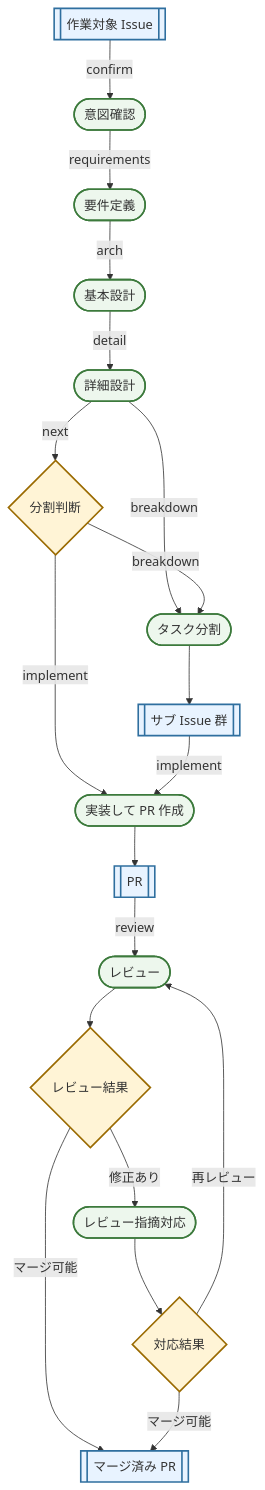
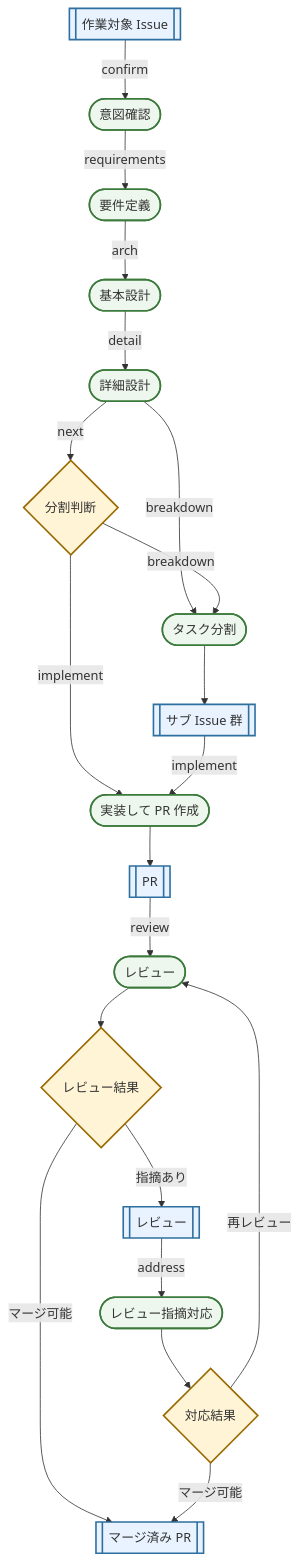
One commit to Hiroshiba/vv-ai changed the diagram in README.md. Above: the diagram before and after it, drawn with Mermaid.

Commit message:
docs: READMEのレビュー分岐を補正する

````diff
--- a/README.md
+++ b/README.md
@@ -11,45 +11,47 @@
 ```mermaid
 flowchart TD
   issue[["作業対象 Issue"]]
   intent(["意図確認"])
   requirements(["要件定義"])
   arch(["基本設計"])
   detail(["詳細設計"])
   next_decision{"分割判断"}
   breakdown(["タスク分割"])
   subissues[["サブ Issue 群"]]
   implement_issue(["実装して PR 作成"])
   pr[["PR"]]
   review(["レビュー"])
   review_result{"レビュー結果"}
+  review_comments[["レビュー"]]
   address(["レビュー指摘対応"])
   address_result{"対応結果"}
   merged[["マージ済み PR"]]
 
   issue -- "confirm" --> intent
   intent -- "requirements" --> requirements
   requirements -- "arch" --> arch
   arch -- "detail" --> detail
   detail -- "next" --> next_decision
   detail -- "breakdown" --> breakdown
   next_decision -- "breakdown" --> breakdown
   next_decision -- "implement" --> implement_issue
   breakdown --> subissues
   subissues -- "implement" --> implement_issue
   implement_issue --> pr
   pr -- "review" --> review
   review --> review_result
   review_result -- "マージ可能" --> merged
-  review_result -- "修正あり" --> address
+  review_result -- "指摘あり" --> review_comments
+  review_comments -- "address" --> address
   address --> address_result
   address_result -- "再レビュー" --> review
   address_result -- "マージ可能" --> merged
 
-  class issue,subissues,pr,merged githubObject
+  class issue,subissues,pr,review_comments,merged githubObject
   class intent,requirements,arch,detail,breakdown,implement_issue,review,address aiStep
   class next_decision,review_result,address_result decision
 
   classDef githubObject fill:#e8f3ff,stroke:#2f6f9f,stroke-width:2px
   classDef aiStep fill:#edf7ed,stroke:#3c7a3c,stroke-width:2px
   classDef decision fill:#fff4d6,stroke:#9a6a00,stroke-width:2px
 ```
````
